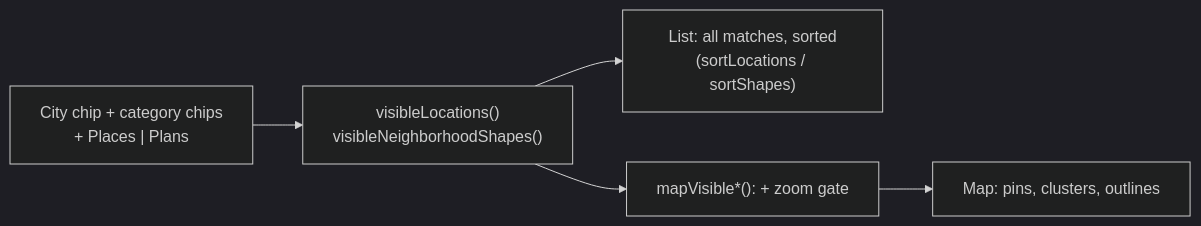
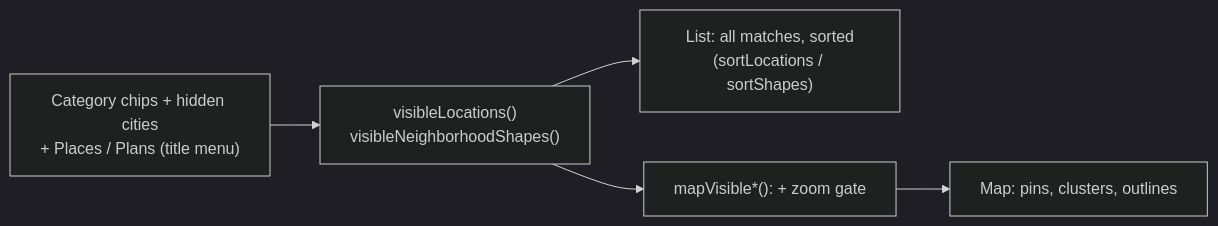
One commit to adamtrabold/triplet changed the fourth of 10 diagrams in docs/architecture.md. Above: the diagram before and after it, drawn with Mermaid (dark theme). The commit also changed other lines of this file and 28 other files, not shown here.

First line of the commit message:
Add-tag jam phase 1: list title menu, city sections, show/hide, All plans, leg sections, collapse tab

````diff
--- a/docs/architecture.md
+++ b/docs/architecture.md
@@ -177,7 +178,7 @@
 ```mermaid
 flowchart LR
-  F["City chip + category chips<br/>+ Places | Plans"] --> V["visibleLocations()<br/>visibleNeighborhoodShapes()"]
+  F["Category chips + hidden cities<br/>+ Places / Plans (title menu)"] --> V["visibleLocations()<br/>visibleNeighborhoodShapes()"]
   V --> L["List: all matches, sorted<br/>(sortLocations / sortShapes)"]
   V --> Z["mapVisible*(): + zoom gate"]
   Z --> M["Map: pins, clusters, outlines"]
 ```
````
